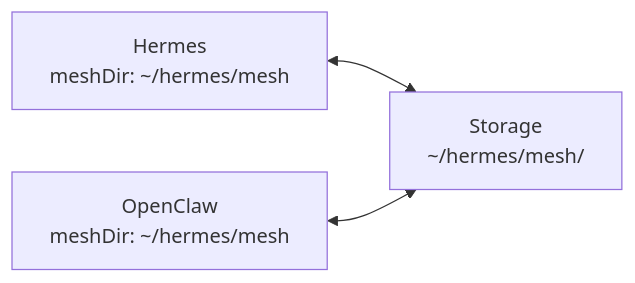
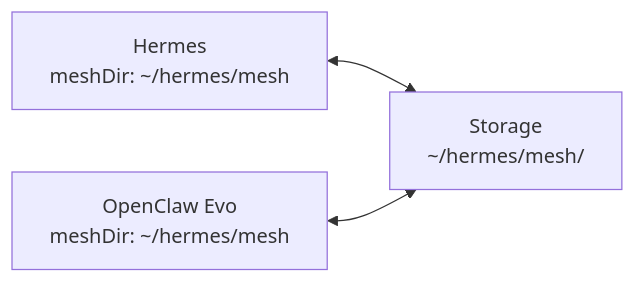
One commit to DevvGwardo/agentic-mesh changed the second of 4 diagrams in README.md. Above: the diagram before and after it, drawn with Mermaid. The commit also changed other lines of this file, not shown here.

Commit message:
fix: README mermaid line breaks and backslash escapes

````diff
--- a/README.md
+++ b/README.md
@@ -66,5 +66,5 @@
 ```mermaid
 graph LR
     A["Hermes<br/>meshDir: ~/hermes/mesh"] <--> B["Storage<br/>~/hermes/mesh/"]
-    C["OpenClaw<br/>meshDir: ~/hermes/mesh"] <--> B
+    C["OpenClaw Evo<br/>meshDir: ~/hermes/mesh"] <--> B
 ```
````
